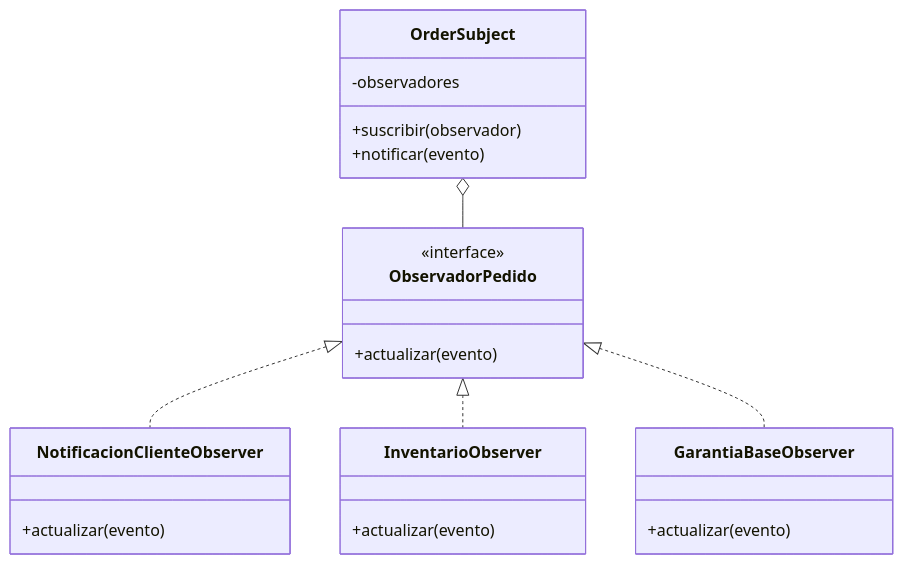
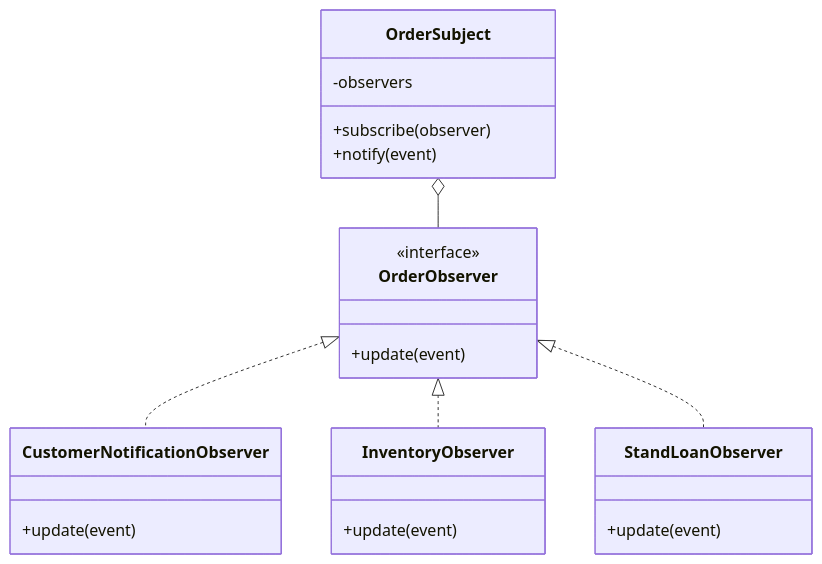
One commit to Yordi-JA/pasteleria-ilusion changed the fourth of 6 diagrams in docs/proyecto/arquitectura.md. Above: the diagram before and after it, drawn with Mermaid. The commit also changed other lines of this file and 55 other files, not shown here.

````diff
--- a/docs/proyecto/arquitectura.md
+++ b/docs/proyecto/arquitectura.md
@@ -207,26 +207,26 @@
 ```mermaid
 classDiagram
     class OrderSubject {
-        -observadores
-        +suscribir(observador)
-        +notificar(evento)
+        -observers
+        +subscribe(observer)
+        +notify(event)
     }
-    class ObservadorPedido {
+    class OrderObserver {
         <<interface>>
-        +actualizar(evento)
+        +update(event)
     }
-    class NotificacionClienteObserver {
-        +actualizar(evento)
+    class CustomerNotificationObserver {
+        +update(event)
     }
-    class InventarioObserver {
-        +actualizar(evento)
+    class InventoryObserver {
+        +update(event)
     }
-    class GarantiaBaseObserver {
-        +actualizar(evento)
+    class StandLoanObserver {
+        +update(event)
     }
 
-    OrderSubject o-- ObservadorPedido
-    ObservadorPedido <|.. NotificacionClienteObserver
-    ObservadorPedido <|.. InventarioObserver
-    ObservadorPedido <|.. GarantiaBaseObserver
+    OrderSubject o-- OrderObserver
+    OrderObserver <|.. CustomerNotificationObserver
+    OrderObserver <|.. InventoryObserver
+    OrderObserver <|.. StandLoanObserver
 ```
````
